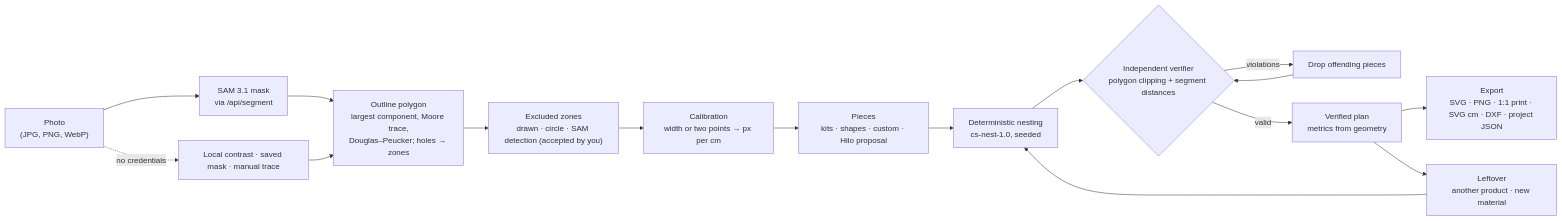
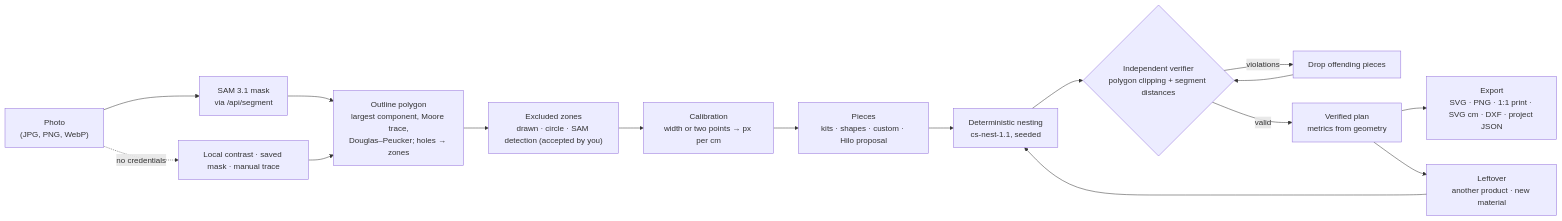
The diagram in README.md (hallzyx/cut-sense), drawn with Mermaid before and after one commit. The commit also changed other lines of this file and 1 other file, not shown here.

Commit message:
docs: update the optimizer version to cs-nest-1.1

````diff
--- a/README.md
+++ b/README.md
@@ -128,17 +128,17 @@
 ```mermaid
 flowchart LR
     photo["Photo<br/>(JPG, PNG, WebP)"] --> sam["SAM 3.1 mask<br/>via /api/segment"]
     photo -. "no credentials" .-> alt["Local contrast · saved mask · manual trace"]
     sam --> outline["Outline polygon<br/>largest component, Moore trace,<br/>Douglas–Peucker; holes → zones"]
     alt --> outline
     outline --> defects["Excluded zones<br/>drawn · circle · SAM detection (accepted by you)"]
     defects --> calib["Calibration<br/>width or two points → px per cm"]
     calib --> pieces["Pieces<br/>kits · shapes · custom · Hilo proposal"]
-    pieces --> nest["Deterministic nesting<br/>cs-nest-1.0, seeded"]
+    pieces --> nest["Deterministic nesting<br/>cs-nest-1.1, seeded"]
     nest --> verify{"Independent verifier<br/>polygon clipping + segment distances"}
     verify -- "violations" --> repair["Drop offending pieces"] --> verify
     verify -- "valid" --> result["Verified plan<br/>metrics from geometry"]
     result --> export["Export<br/>SVG · PNG · 1:1 print · SVG cm · DXF · project JSON"]
     result --> leftover["Leftover<br/>another product · new material"]
     leftover --> nest
 ```
````
